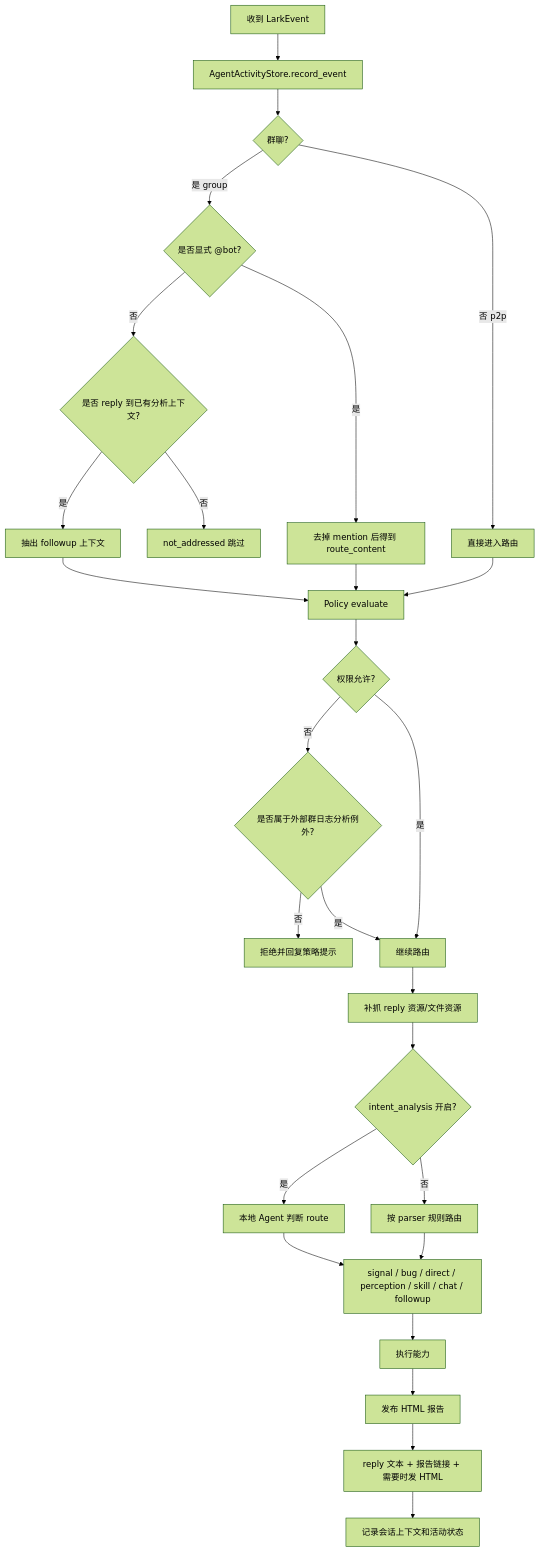
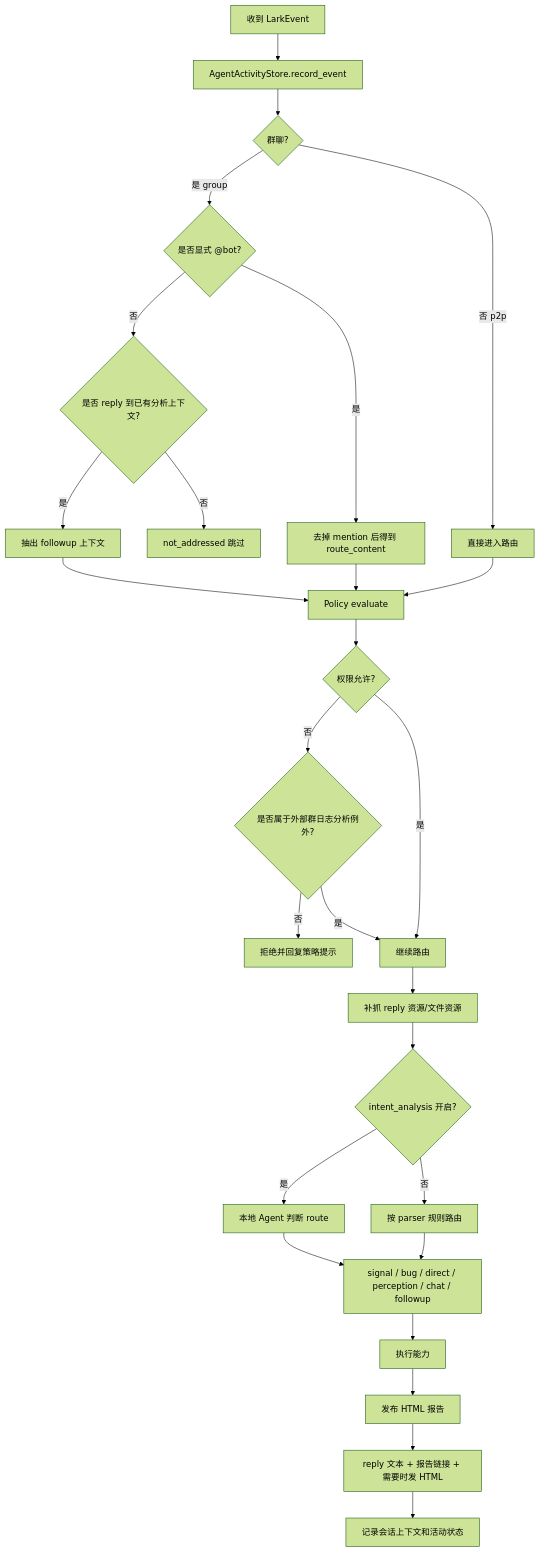
Before and after one commit to zhuyunlong/lark-agent-bridge: the second of 8 diagrams in docs/project-overview-architecture.md, drawn with Mermaid (forest theme). The commit also changed other lines of this file and 65 other files, not shown here.

````diff
--- a/docs/project-overview-architecture.md
+++ b/docs/project-overview-architecture.md
@@ -123,35 +119,35 @@
 ```mermaid
 flowchart TD
     A[收到 LarkEvent] --> B[AgentActivityStore.record_event]
     B --> C{群聊?}
 
     C -- 否 p2p --> D[直接进入路由]
     C -- 是 group --> E{是否显式 @bot?}
     E -- 否 --> F{是否 reply 到已有分析上下文?}
     F -- 否 --> G[not_addressed 跳过]
     F -- 是 --> H[抽出 followup 上下文]
     E -- 是 --> I[去掉 mention 后得到 route_content]
 
     H --> J[Policy evaluate]
     I --> J
     D --> J
 
     J --> K{权限允许?}
     K -- 否 --> L{是否属于外部群日志分析例外?}
     L -- 否 --> M[拒绝并回复策略提示]
     L -- 是 --> N[继续路由]
     K -- 是 --> N
 
     N --> O[补抓 reply 资源/文件资源]
     O --> P{intent_analysis 开启?}
     P -- 是 --> Q[本地 Agent 判断 route]
     P -- 否 --> R[按 parser 规则路由]
 
-    Q --> S[signal / bug / direct / perception / skill / chat / followup]
+    Q --> S[signal / bug / direct / perception / chat / followup]
     R --> S
 
     S --> T[执行能力]
     T --> U[发布 HTML 报告]
     U --> V[reply 文本 + 报告链接 + 需要时发 HTML]
     V --> W[记录会话上下文和活动状态]
 ```
````
